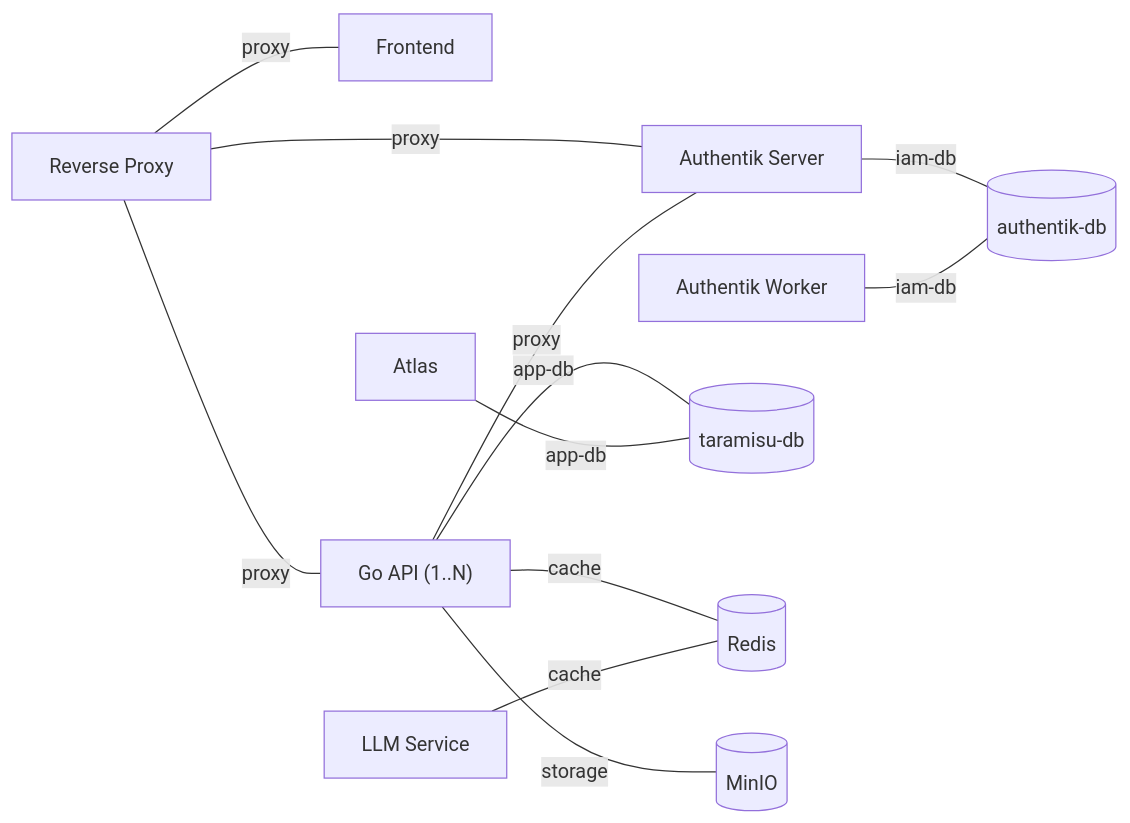
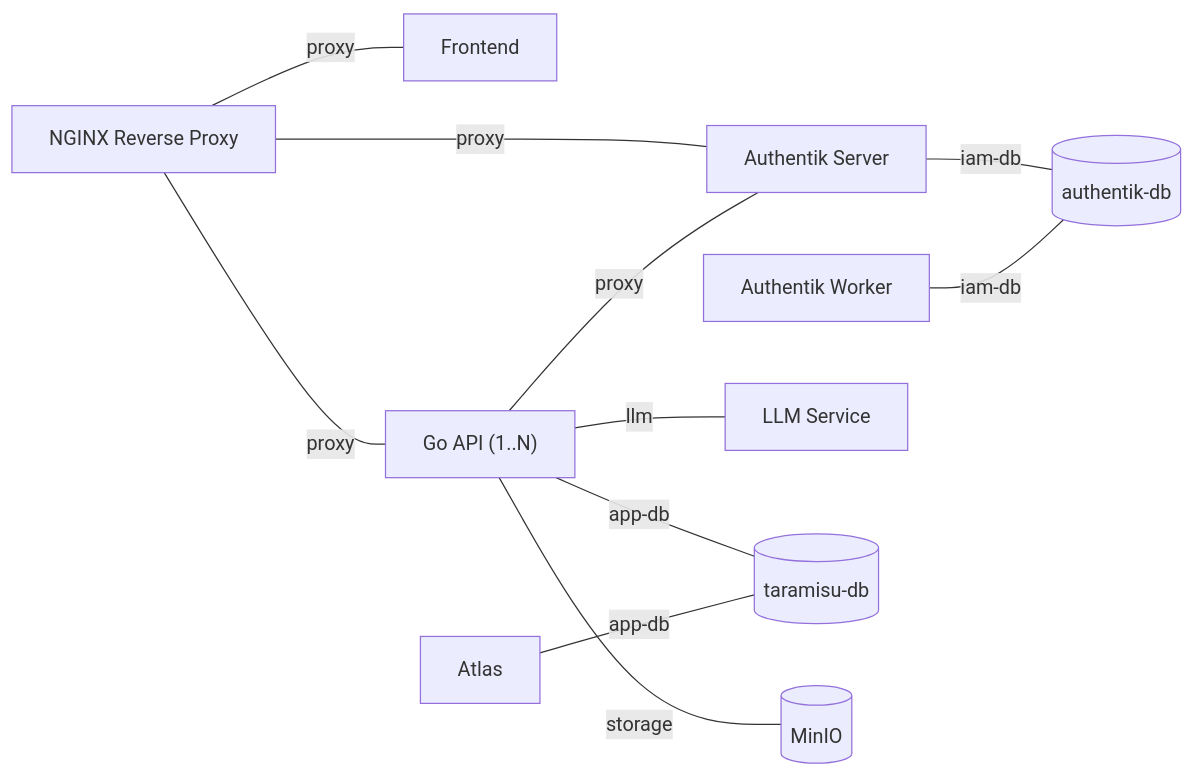
Before and after one commit to thi-taramisu/taramisu: the second of 2 diagrams in docs/internal/architecture/architecture-overview.md, drawn with Mermaid. The commit also changed other lines of this file, not shown here.

Commit message:
update architecture overview; Nginx chosen; No Caching service

````diff
--- a/docs/internal/architecture/architecture-overview.md
+++ b/docs/internal/architecture/architecture-overview.md
@@ -100,30 +97,28 @@
 ```mermaid
 flowchart LR
-    Proxy["Reverse Proxy"]
+    Proxy["NGINX Reverse Proxy"]
     FE["Frontend"]
     API["Go API (1..N)"]
     AS["Authentik Server"]
     AW["Authentik Worker"]
     Atlas["Atlas"]
     LLM["LLM Service"]
     AppDB[("taramisu-db")]
     IAMDB[("authentik-db")]
-    Redis[("Redis")]
     MinIO[("MinIO")]
 
     Proxy ---|proxy| FE
     Proxy ---|proxy| API
     Proxy ---|proxy| AS
     API ---|proxy| AS
 
     API ---|app-db| AppDB
     Atlas ---|app-db| AppDB
 
     AS ---|iam-db| IAMDB
     AW ---|iam-db| IAMDB
 
-    API ---|cache| Redis
-    LLM ---|cache| Redis
+    API ---|storage| MinIO
 
-    API ---|storage| MinIO
+    API ---|llm| LLM
 ```
````
